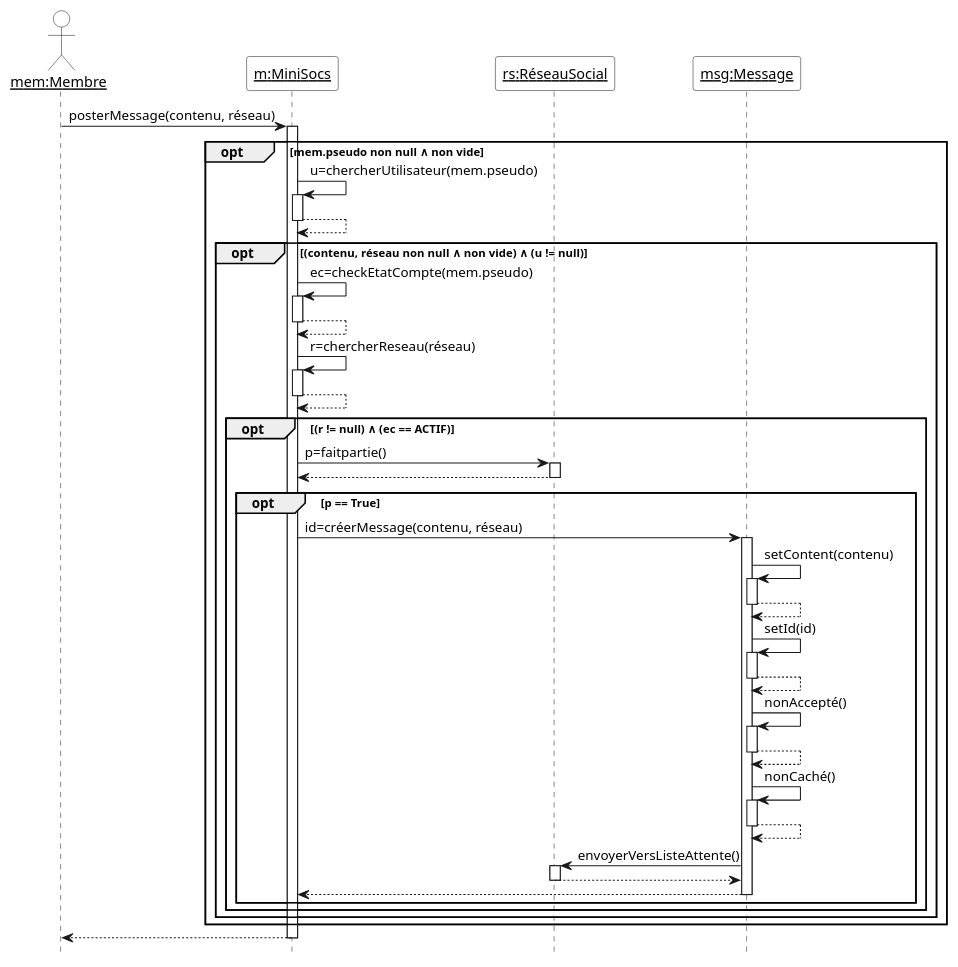
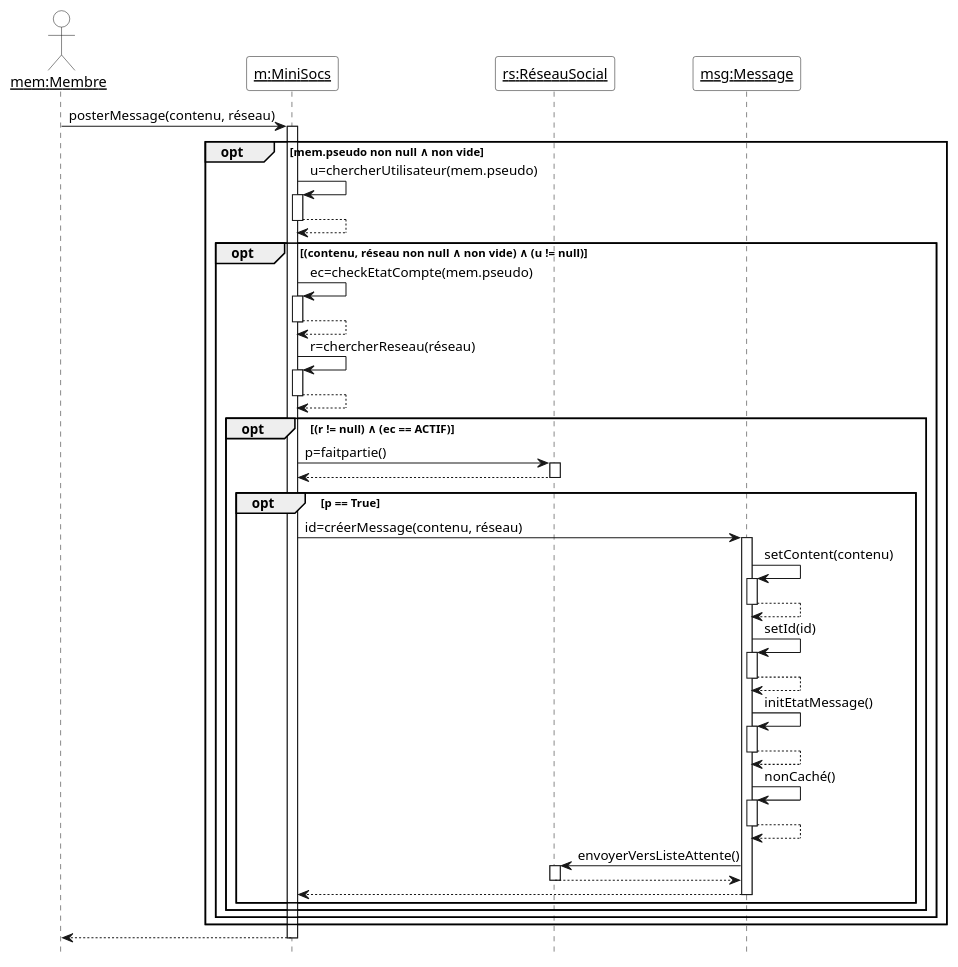
One commit to ThELud0/Minisocs changed the diagram in Diagrammes/minisocs_uml_diag_seq_poster_message.pu. Above: the diagram before and after it, drawn with PlantUML. The commit also changed 7 other files, not shown here.

```diff
--- a/Diagrammes/minisocs_uml_diag_seq_poster_message.pu
+++ b/Diagrammes/minisocs_uml_diag_seq_poster_message.pu
@@ -1,54 +1,54 @@
 @startuml
 
 'Diagramme de séquence (PlantUML)'
 
 'Configuration charte graphique'
 hide footbox
 skinparam sequenceParticipantBackgroundColor White
 skinparam sequenceActorBackgroundColor White
 
 'Déclaration des acteurs et des participants (déjà existants avant la séquence)'
 
 actor "__mem:Membre__" as mem
 participant "__m:MiniSocs__" as m
 participant "__rs:RéseauSocial__" as rs
 participant "__msg:Message__" as msg
 
 'Séquence avec les messages, les créations de participants, etc.'
 
 mem -> m ++ : posterMessage(contenu, réseau)
 opt mem.pseudo non null ∧ non vide
 m -> m ++ : u=chercherUtilisateur(mem.pseudo)
 return
 opt (contenu, réseau non null ∧ non vide) ∧ (u != null)
 m -> m ++ : ec=checkEtatCompte(mem.pseudo)
 return
 m -> m ++ : r=chercherReseau(réseau)
 return
 opt (r != null) ∧ (ec == ACTIF)
 m -> rs ++ : p=faitpartie()
 return
 opt p == True
 m -> msg ++ : id=créerMessage(contenu, réseau)
 msg -> msg ++ : setContent(contenu)
 return
 msg -> msg ++ : setId(id)
 return
-msg -> msg ++ : nonAccepté()
+msg -> msg ++ : initEtatMessage()
 return
 msg -> msg ++ : nonCaché()
 return
 msg -> rs ++ : envoyerVersListeAttente()
 return
 return
 end
 end
 end
 end
 return
 
 
 
 
 
 @enduml
```
